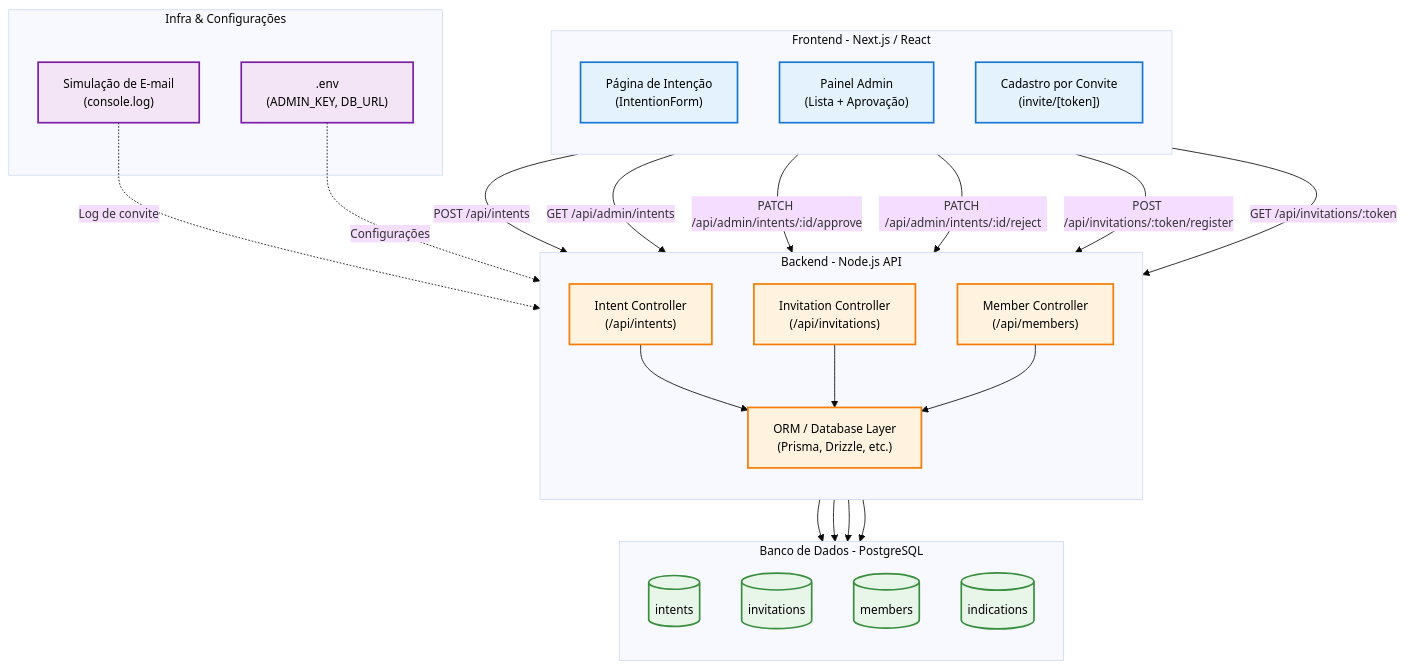
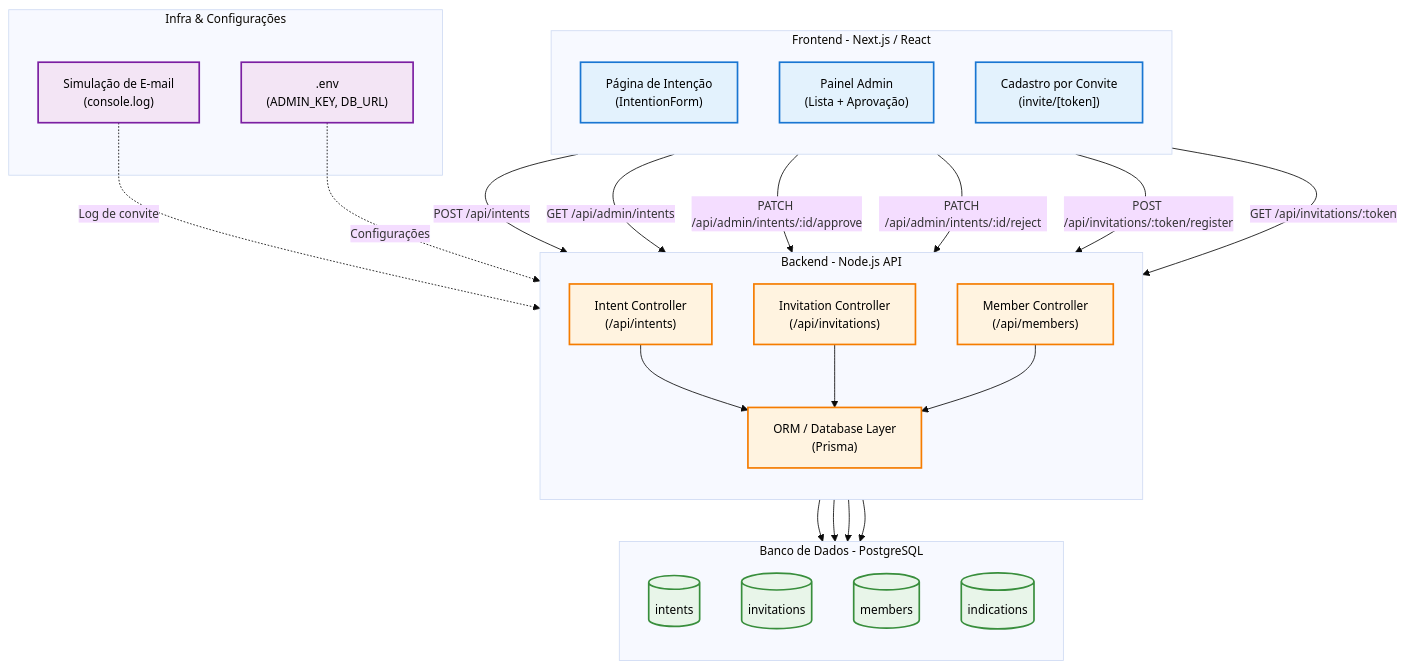
Before and after one commit to MaxForosteski/MPNG-management-platform-for-networking-groups: the first of 3 diagrams in ARCHITECTURE.md, drawn with Mermaid.

Commit message:
update: review of ARCHITECTURE.md

````diff
--- a/ARCHITECTURE.md
+++ b/ARCHITECTURE.md
@@ -11,67 +11,67 @@
 ```mermaid
 %%{init: {'theme': 'base', 'themeVariables': { 'fontSize': '14px'}} }%%
 graph TD
     %% === Frontend ===
     subgraph Frontend["Frontend - Next.js / React"]
         direction TB
         A1["Página de Intenção<br/>(IntentionForm)"]
         A2["Painel Admin<br/>(Lista + Aprovação)"]
         A3["Cadastro por Convite<br/>(invite/[token])"]
     end
 
     %% === Backend ===
     subgraph Backend["Backend - Node.js API"]
         direction TB
         B1["Intent Controller<br/>(/api/intents)"]
         B2["Invitation Controller<br/>(/api/invitations)"]
         B3["Member Controller<br/>(/api/members)"]
-        B4["ORM / Database Layer<br/>(Prisma, Drizzle, etc.)"]
+        B4["ORM / Database Layer<br/>(Prisma)"]
     end
 
     %% === Database ===
     subgraph Database["Banco de Dados - PostgreSQL"]
         direction TB
         C1[(intents)]
         C2[(invitations)]
         C3[(members)]
         C4[(indications)]
     end
 
     %% === External ===
     subgraph External["Infra & Configurações"]
         D1[".env<br/>(ADMIN_KEY, DB_URL)"]
         D2["Simulação de E-mail<br/>(console.log)"]
     end
 
     %% === Conexões Frontend → Backend ===
     A1 -->|POST /api/intents| B1
     A2 -->|GET /api/admin/intents| B1
     A2 -->|PATCH /api/admin/intents/:id/approve| B1
     A2 -->|PATCH /api/admin/intents/:id/reject| B1
     A3 -->|POST /api/invitations/:token/register| B2
     A3 -->|GET /api/invitations/:token| B2
 
     %% === Backend → DB ===
     B1 --> B4
     B2 --> B4
     B3 --> B4
     B4 --> C1
     B4 --> C2
     B4 --> C3
     B4 --> C4
 
     %% === Configs → Backend ===
     D1 -.->|Configurações| Backend
     D2 -.->|Log de convite| B2
 
     %% === Estilo por camada ===
     classDef frontend fill:#E3F2FD,stroke:#1976D2,stroke-width:2px,color:#000
     classDef backend fill:#FFF3E0,stroke:#F57C00,stroke-width:2px,color:#000
     classDef database fill:#E8F5E9,stroke:#388E3C,stroke-width:2px,color:#000
     classDef external fill:#F3E5F5,stroke:#7B1FA2,stroke-width:2px,color:#000
 
     class A1,A2,A3 frontend
     class B1,B2,B3,B4 backend
     class C1,C2,C3,C4 database
     class D1,D2 external
 ```
````
